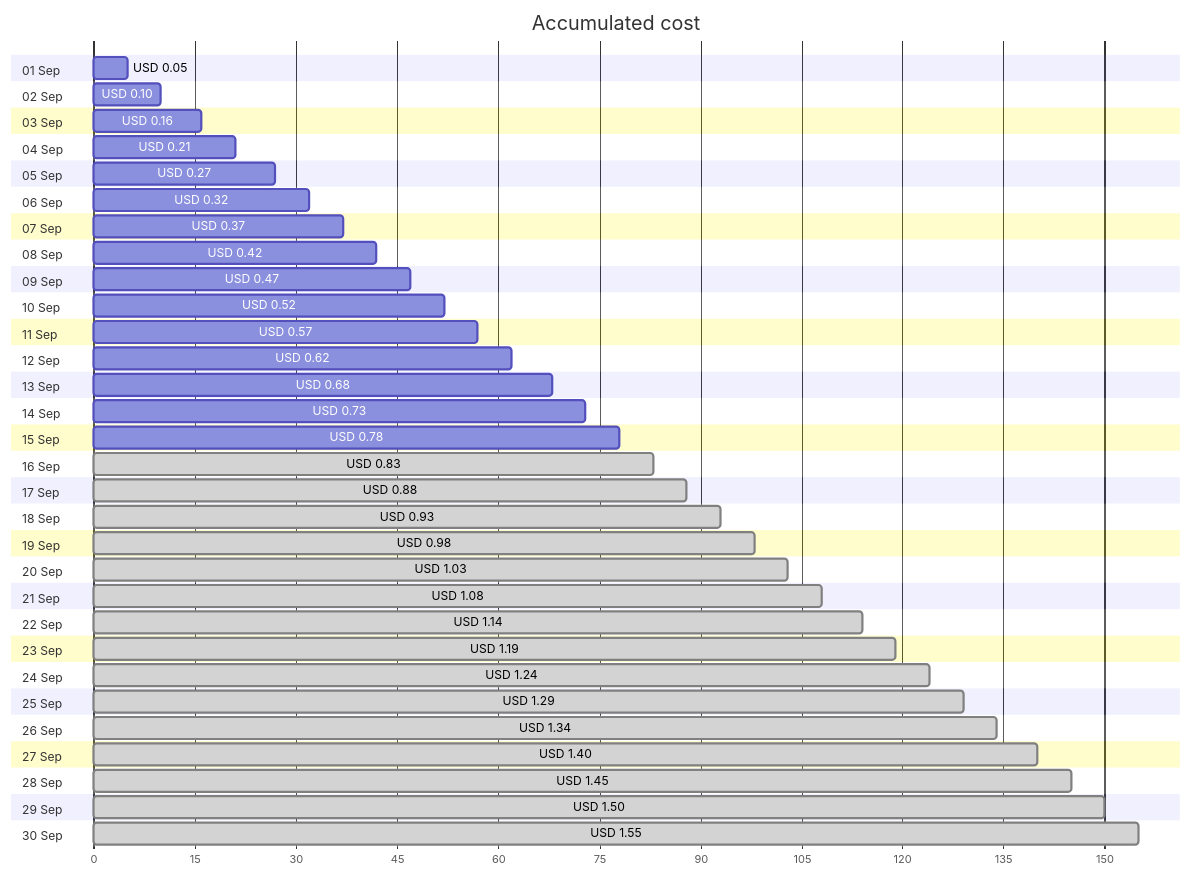
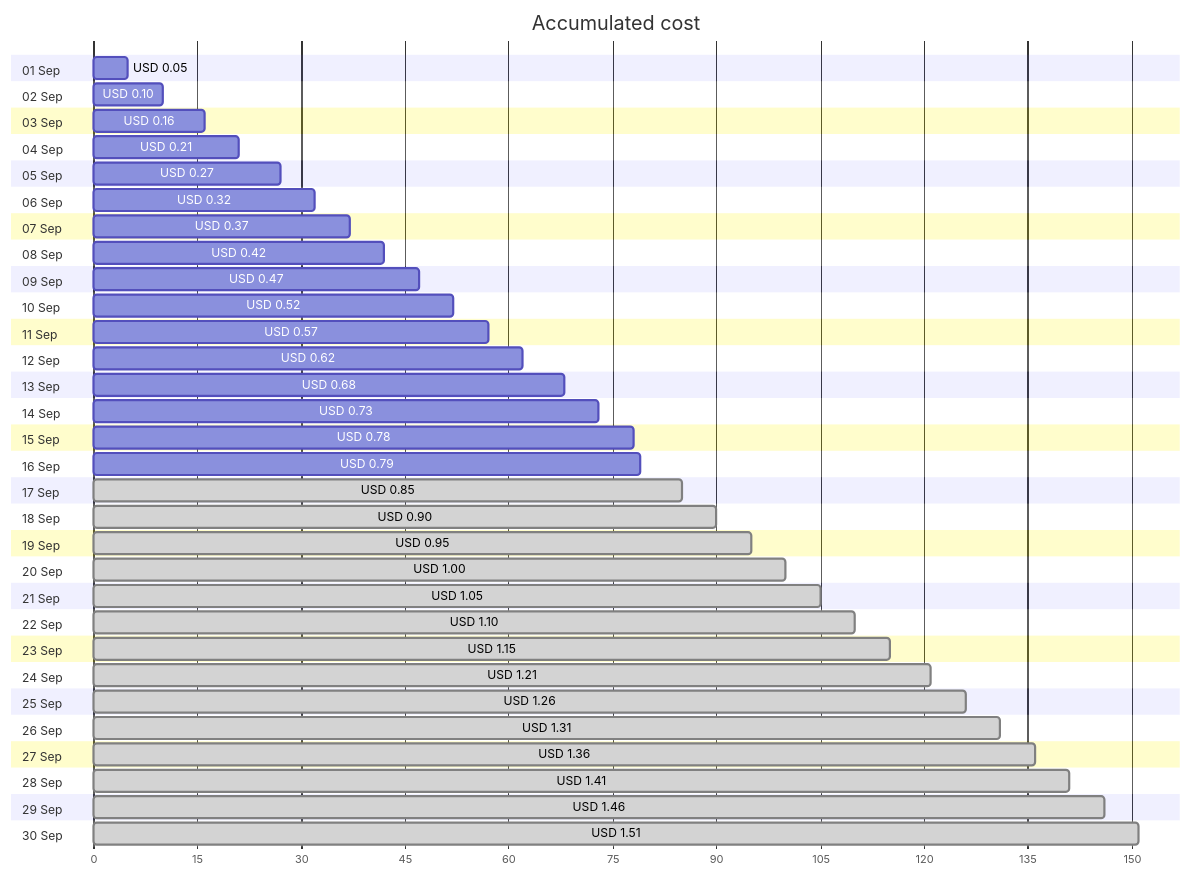
Before and after one commit to jpfulton/azure-personal-reports: the first of 4 diagrams in cost-reports/personal-network/win-dev_OsDisk.md, drawn with Mermaid. The commit also changed other lines of this file and 16 other files, not shown here.

````diff
--- a/cost-reports/personal-network/win-dev_OsDisk.md
+++ b/cost-reports/personal-network/win-dev_OsDisk.md
@@ -20,66 +20,66 @@
 ```mermaid
 gantt
    title Accumulated cost
    dateFormat  X
    axisFormat %s
    section 01 Sep
    USD 0.05 :0, 5
    section 02 Sep
    USD 0.10 :0, 10
    section 03 Sep
    USD 0.16 :0, 16
    section 04 Sep
    USD 0.21 :0, 21
    section 05 Sep
    USD 0.27 :0, 27
    section 06 Sep
    USD 0.32 :0, 32
    section 07 Sep
    USD 0.37 :0, 37
    section 08 Sep
    USD 0.42 :0, 42
    section 09 Sep
    USD 0.47 :0, 47
    section 10 Sep
    USD 0.52 :0, 52
    section 11 Sep
    USD 0.57 :0, 57
    section 12 Sep
    USD 0.62 :0, 62
    section 13 Sep
    USD 0.68 :0, 68
    section 14 Sep
    USD 0.73 :0, 73
    section 15 Sep
    USD 0.78 :0, 78
    section 16 Sep
-   USD 0.83 : done, 0, 83
+   USD 0.79 :0, 79
    section 17 Sep
-   USD 0.88 : done, 0, 88
+   USD 0.85 : done, 0, 85
    section 18 Sep
-   USD 0.93 : done, 0, 93
+   USD 0.90 : done, 0, 90
    section 19 Sep
-   USD 0.98 : done, 0, 98
+   USD 0.95 : done, 0, 95
    section 20 Sep
-   USD 1.03 : done, 0, 103
+   USD 1.00 : done, 0, 100
    section 21 Sep
-   USD 1.08 : done, 0, 108
+   USD 1.05 : done, 0, 105
    section 22 Sep
-   USD 1.14 : done, 0, 114
+   USD 1.10 : done, 0, 110
    section 23 Sep
-   USD 1.19 : done, 0, 119
+   USD 1.15 : done, 0, 115
    section 24 Sep
-   USD 1.24 : done, 0, 124
+   USD 1.21 : done, 0, 121
    section 25 Sep
-   USD 1.29 : done, 0, 129
+   USD 1.26 : done, 0, 126
    section 26 Sep
-   USD 1.34 : done, 0, 134
+   USD 1.31 : done, 0, 131
    section 27 Sep
-   USD 1.40 : done, 0, 140
+   USD 1.36 : done, 0, 136
    section 28 Sep
-   USD 1.45 : done, 0, 145
+   USD 1.41 : done, 0, 141
    section 29 Sep
-   USD 1.50 : done, 0, 150
+   USD 1.46 : done, 0, 146
    section 30 Sep
-   USD 1.55 : done, 0, 155
+   USD 1.51 : done, 0, 151
 ```
````
